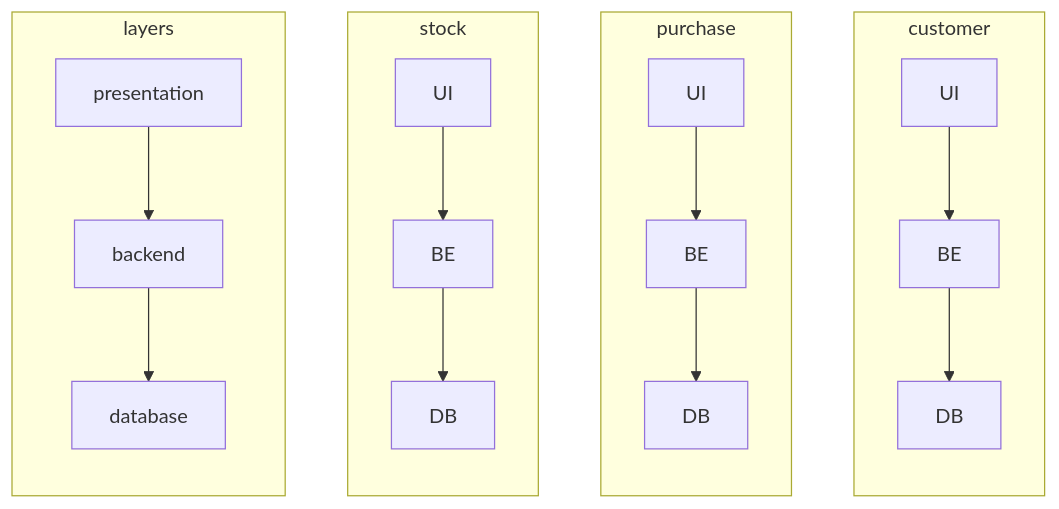
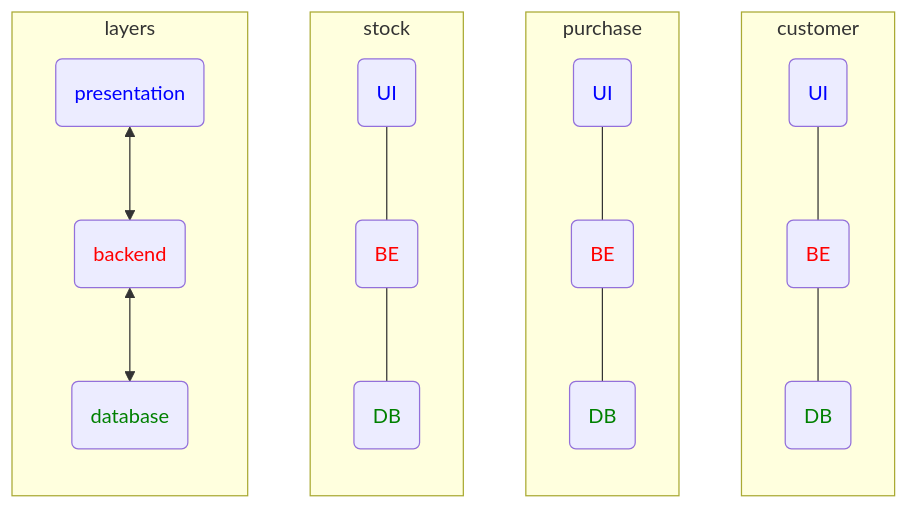
One commit to KyleMit/CodingEverything changed the first of 4 diagrams in notes/books/building-microservices.md. Above: the diagram before and after it, drawn with Mermaid. The commit also changed other lines of this file and 2 other files, not shown here.

````diff
--- a/notes/books/building-microservices.md
+++ b/notes/books/building-microservices.md
@@ -68,19 +68,31 @@
 ```mermaid
 flowchart TB
+
     subgraph customer
         direction TB
-        d1[UI]-->d2[BE]-->d3[DB]
+        d1(UI)---d2(BE)---d3(DB)
     end
     subgraph purchase
         direction TB
-        c1[UI]-->c2[BE]-->c3[DB]
+        c1(UI)---c2(BE)---c3(DB)
     end
     subgraph stock
         direction TB
-        b1[UI]-->b2[BE]-->b3[DB]
+        b1(UI)---b2(BE)---b3(DB)
     end
     subgraph layers
         direction TB
-        a1[presentation]-->a2[backend]-->a3[database]
+        a1(presentation)<-->a2(backend)<-->a3(database)
     end
+
+
+
+    class a1,b1,c1,d1 top;
+    classDef top color: blue;
+
+    class a2,b2,c2,d2 mid;
+    classDef mid color: red;
+
+    class a3,b3,c3,d3 bot;
+    classDef bot color: green;
 ```
````
